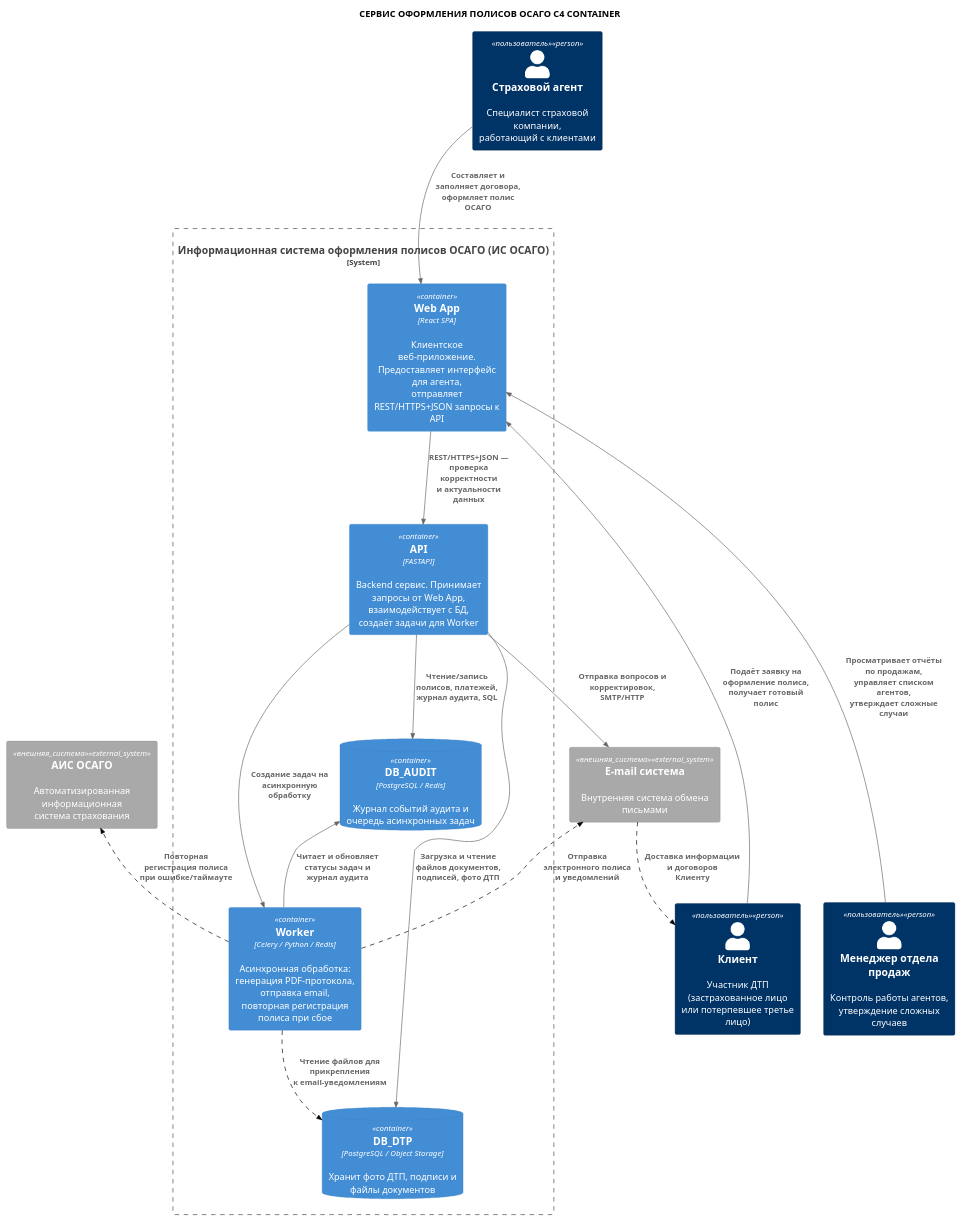
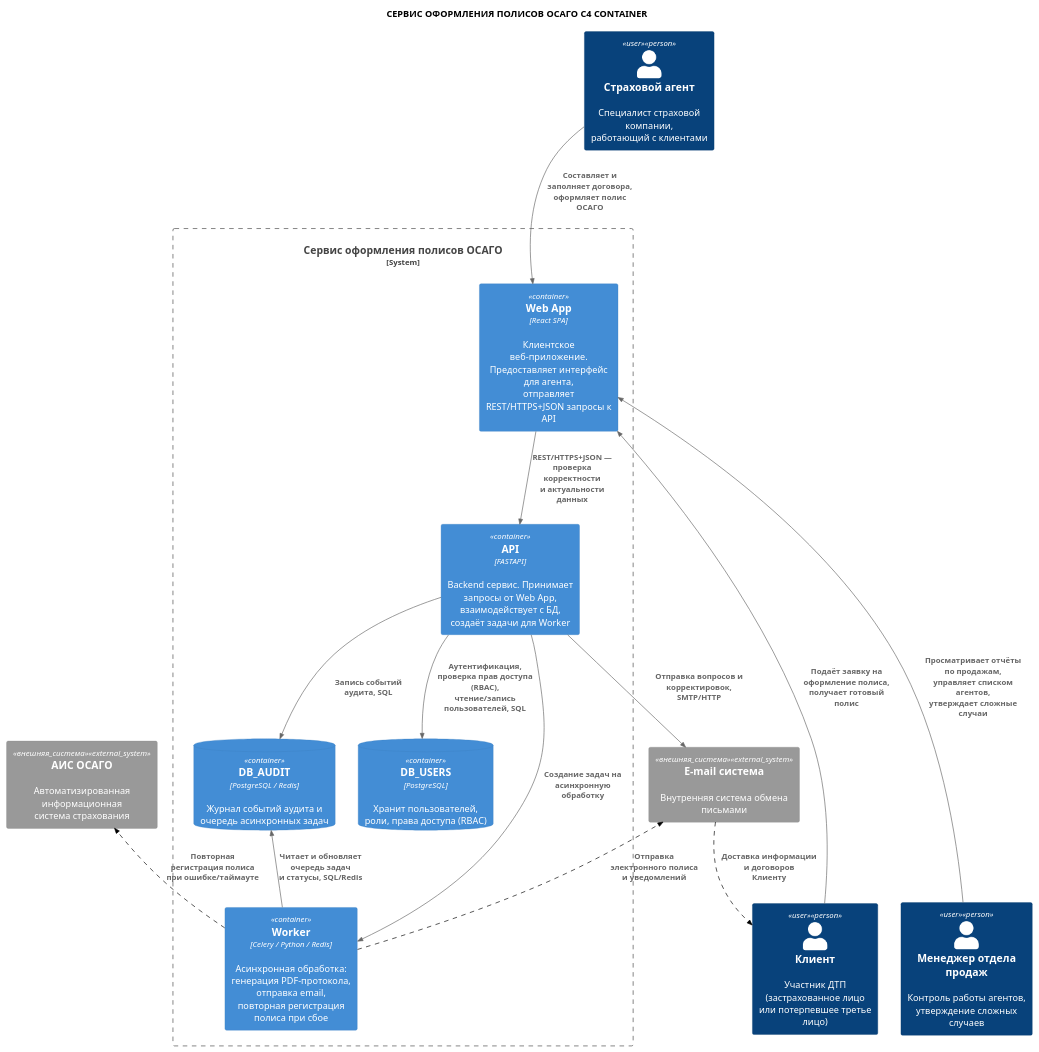
One commit to ElectricLight-ELO/Insurance-system changed the diagram in docs_and_diagrams/Nikita/container.puml. Above: the diagram before and after it, drawn with PlantUML.

```diff
--- a/docs_and_diagrams/Nikita/container.puml
+++ b/docs_and_diagrams/Nikita/container.puml
@@ -1,96 +1,90 @@
 @startuml
 !include https://raw.githubusercontent.com/plantuml-stdlib/C4-PlantUML/master/C4_Container.puml
 
 title СЕРВИС ОФОРМЛЕНИЯ ПОЛИСОВ ОСАГО C4 CONTAINER
 
 ' === НАСТРОЙКА ЦВЕТОВ ===
-' Темно-синий цвет для всех пользователей (акторов)
-AddPersonTag("пользователь", $bgColor="#003366", $borderColor="#002244", $fontColor="#FFFFFF")
-AddSystemTag("внешняя_система", $bgColor="#A9A9A9", $borderColor="#8A8A8A", $fontColor="#FFFFFF")
+AddPersonTag("пользователь", $bgColor="#00008B", $borderColor="#000050", $fontColor="#FFFFFF")
 AddRelTag("пунктир", $lineStyle = DashedLine(), $lineColor = "#000000")
 
 ' === ЭЛЕМЕНТЫ ===
 
-Person(agent, "Страховой агент", "Специалист страховой компании,\nработающий с клиентами", $tags="пользователь")
-Person(client, "Клиент", "Участник ДТП (застрахованное лицо\nили потерпевшее третье лицо)", $tags="пользователь")
-Person(manager, "Менеджер отдела продаж", "Контроль работы агентов,\nутверждение сложных случаев", $tags="пользователь")
+Person(agent, "Страховой агент", "Специалист страховой компании,\nработающий с клиентами", $tags="user")
+Person(client, "Клиент", "Участник ДТП (застрахованное лицо\nили потерпевшее третье лицо)", $tags="user")
+Person(manager, "Менеджер отдела продаж", "Контроль работы агентов,\nутверждение сложных случаев", $tags="user")
 
 ' Центральный сервис
-System_Boundary(osago_service, "Информационная система оформления полисов ОСАГО (ИС ОСАГО)") {
+System_Boundary(osago_service, "Сервис оформления полисов ОСАГО") {
 
     Container(web_app, "Web App", "React SPA", "Клиентское веб-приложение. Предоставляет интерфейс для агента,\nотправляет REST/HTTPS+JSON запросы к API")
 
     Container(api, "API", "FASTAPI", "Backend сервис. Принимает запросы от Web App,\nвзаимодействует с БД, создаёт задачи для Worker")
 
     Container(worker, "Worker", "Celery / Python / Redis", "Асинхронная обработка:\nгенерация PDF-протокола, отправка email,\nповторная регистрация полиса при сбое")
 
+    ContainerDb(db_users, "DB_USERS", "PostgreSQL", "Хранит пользователей, роли, права доступа (RBAC)")
     ContainerDb(db_audit, "DB_AUDIT", "PostgreSQL / Redis", "Журнал событий аудита и очередь асинхронных задач")
-    
-    ContainerDb(db_dtp, "DB_DTP", "PostgreSQL / Object Storage", "Хранит фото ДТП, подписи и файлы документов")
 }
 
 ' Внешние системы (серые)
 System_Ext(ais_osago, "АИС ОСАГО", "Автоматизированная информационная\nсистема страхования", $tags="внешняя_система")
 System_Ext(email_sys, "E-mail система", "Внутренняя система обмена письмами", $tags="внешняя_система")
 
 ' === СВЯЗИ ===
 
 ' Страховой агент -> Web App
 Rel(agent, web_app, "Составляет и заполняет договора,\nоформляет полис ОСАГО")
 
 ' Клиент -> Web App
 Rel(client, web_app, "Подаёт заявку на оформление полиса,\nполучает готовый полис")
 
 ' Менеджер -> Web App (аналитика и управление)
 Rel(manager, web_app, "Просматривает отчёты по продажам,\nуправляет списком агентов,\nутверждает сложные случаи")
 
 ' Web App -> API
 Rel(web_app, api, "REST/HTTPS+JSON — проверка корректности\nи актуальности данных")
 
+' API -> DB_USERS
+Rel(api, db_users, "Аутентификация, проверка прав доступа (RBAC),\nчтение/запись пользователей, SQL")
+
 ' API -> DB_AUDIT
-Rel(api, db_audit, "Чтение/запись полисов, платежей,\nжурнал аудита, SQL")
-
-' API -> DB_DTP
-Rel(api, db_dtp, "Загрузка и чтение файлов документов,\nподписей, фото ДТП")
+Rel(api, db_audit, "Запись событий аудита, SQL")
 
 ' API -> Worker
 Rel(api, worker, "Создание задач на асинхронную обработку")
 
 ' Worker -> DB_AUDIT (поллинг очереди задач)
-Rel(worker, db_audit, "Читает и обновляет\nстатусы задач и журнал аудита")
-
-' Worker -> DB_DTP (для прикрепления файлов к письмам)
-Rel(worker, db_dtp, "Чтение файлов для прикрепления\nк email-уведомлениям", $tags="пунктир")
+Rel(worker, db_audit, "Читает и обновляет очередь задач\nи статусы, SQL/Redis")
 
 ' Worker -> АИС ОСАГО (пунктир — повтор при сбое)
 Rel(worker, ais_osago, "Повторная регистрация полиса\nпри ошибке/таймауте", $tags="пунктир")
 
 ' Worker -> E-mail система (пунктир)
 Rel(worker, email_sys, "Отправка электронного полиса\nи уведомлений", $tags="пунктир")
 
 ' API -> E-mail система (для оперативных вопросов)
 Rel(api, email_sys, "Отправка вопросов и корректировок,\nSMTP/HTTP")
 
 ' E-mail система -> Клиент (пунктир)
 Rel(email_sys, client, "Доставка информации и договоров\nКлиенту", $tags="пунктир")
 
 ' === УПРАВЛЕНИЕ LAYOUT (скрытые связи) ===
 
 ' Акторы сверху в ряд
 agent -[hidden]right- client
 client -[hidden]right- manager
 
 ' Спуск к приложению
 agent -[hidden]down- web_app
 
 ' Контейнеры внутри boundary
 web_app -[hidden]right- api
-api -[hidden]down- db_audit
-db_audit -[hidden]right- db_dtp
-db_audit -[hidden]down- worker
+api -[hidden]down- db_users
+db_users -[hidden]right- db_audit
+db_audit -[hidden]right- worker
 
 ' Внешние системы внизу
 osago_service -[hidden]down- ais_osago
 ais_osago -[hidden]right- email_sys
 
 @enduml
```
